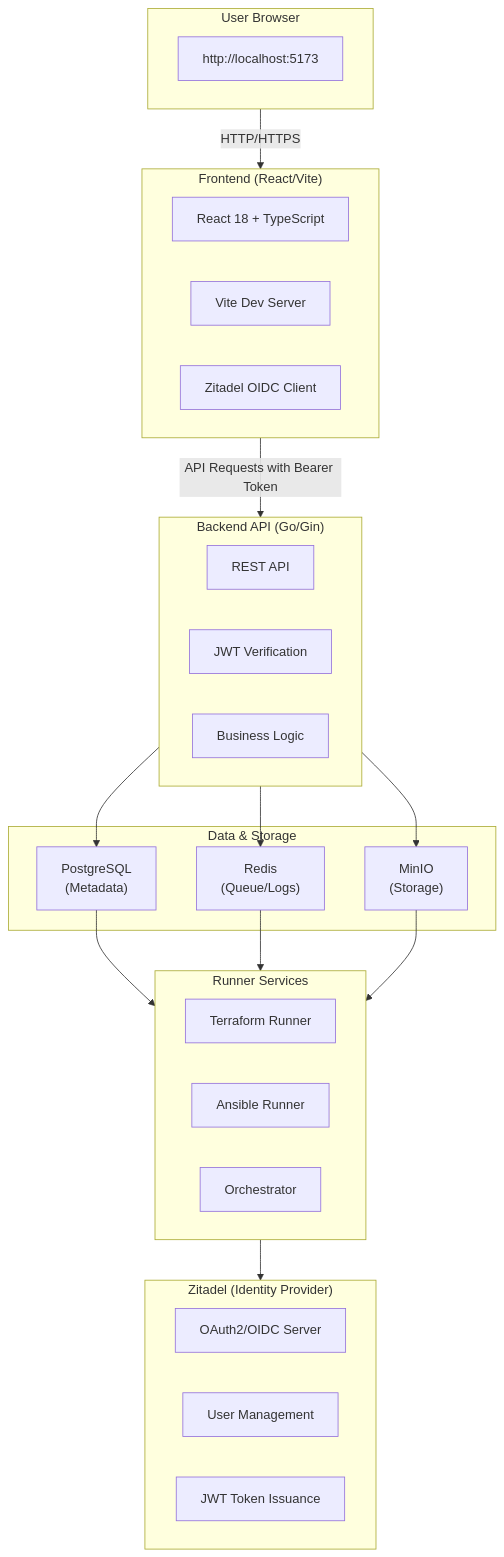
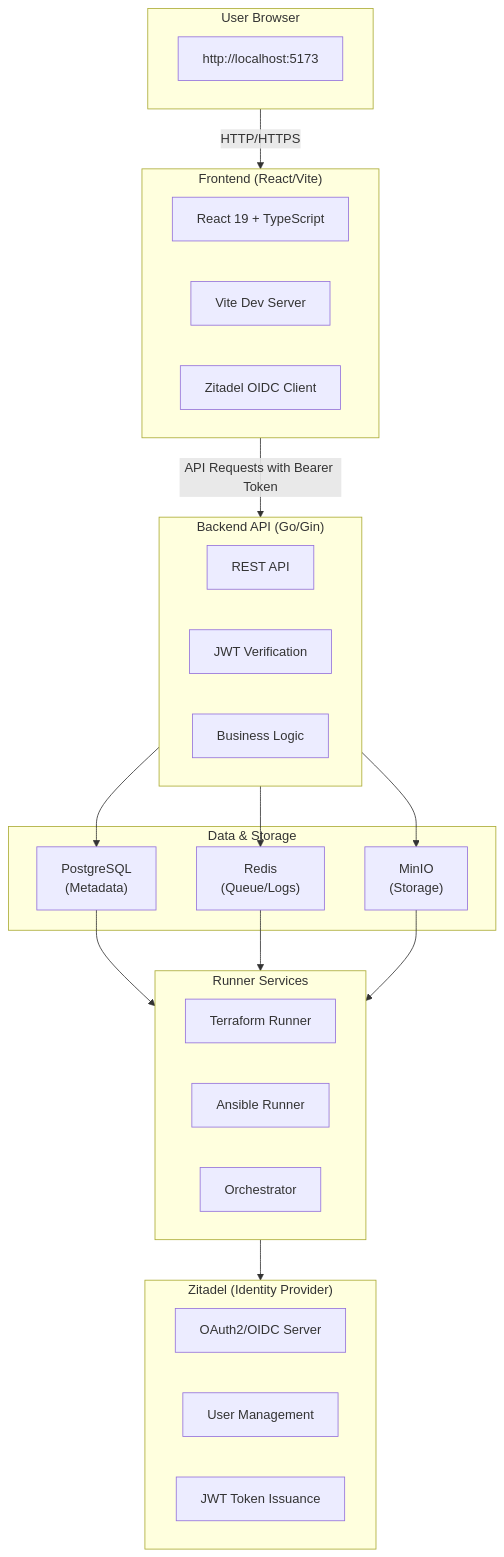
One commit to vhco-pro/stackweaver-frontend changed the first of 7 diagrams in docs/architecture/README.md. Above: the diagram before and after it, drawn with Mermaid. The commit also changed other lines of this file and 87 other files, not shown here.

````diff
--- a/docs/architecture/README.md
+++ b/docs/architecture/README.md
@@ -9,46 +7,46 @@
 ```mermaid
 flowchart TB
     subgraph Browser["User Browser"]
         BrowserNote["http://localhost:5173"]
     end
 
     subgraph Frontend["Frontend (React/Vite)"]
-        F1["React 18 + TypeScript"]
+        F1["React 19 + TypeScript"]
         F2["Vite Dev Server"]
         F3["Zitadel OIDC Client"]
     end
 
     subgraph Backend["Backend API (Go/Gin)"]
         B1["REST API"]
         B2["JWT Verification"]
         B3["Business Logic"]
     end
 
     subgraph DataLayer["Data & Storage"]
         PG["PostgreSQL<br/>(Metadata)"]
         Redis["Redis<br/>(Queue/Logs)"]
         MinIO["MinIO<br/>(Storage)"]
     end
 
     subgraph Runners["Runner Services"]
         R1["Terraform Runner"]
         R2["Ansible Runner"]
         R3["Orchestrator"]
     end
 
     subgraph Zitadel["Zitadel (Identity Provider)"]
         Z1["OAuth2/OIDC Server"]
         Z2["User Management"]
         Z3["JWT Token Issuance"]
     end
 
     Browser -->|HTTP/HTTPS| Frontend
     Frontend -->|API Requests with Bearer Token| Backend
     Backend --> PG
     Backend --> Redis
     Backend --> MinIO
     PG --> Runners
     Redis --> Runners
     MinIO --> Runners
     Runners --> Zitadel
 ```
````
